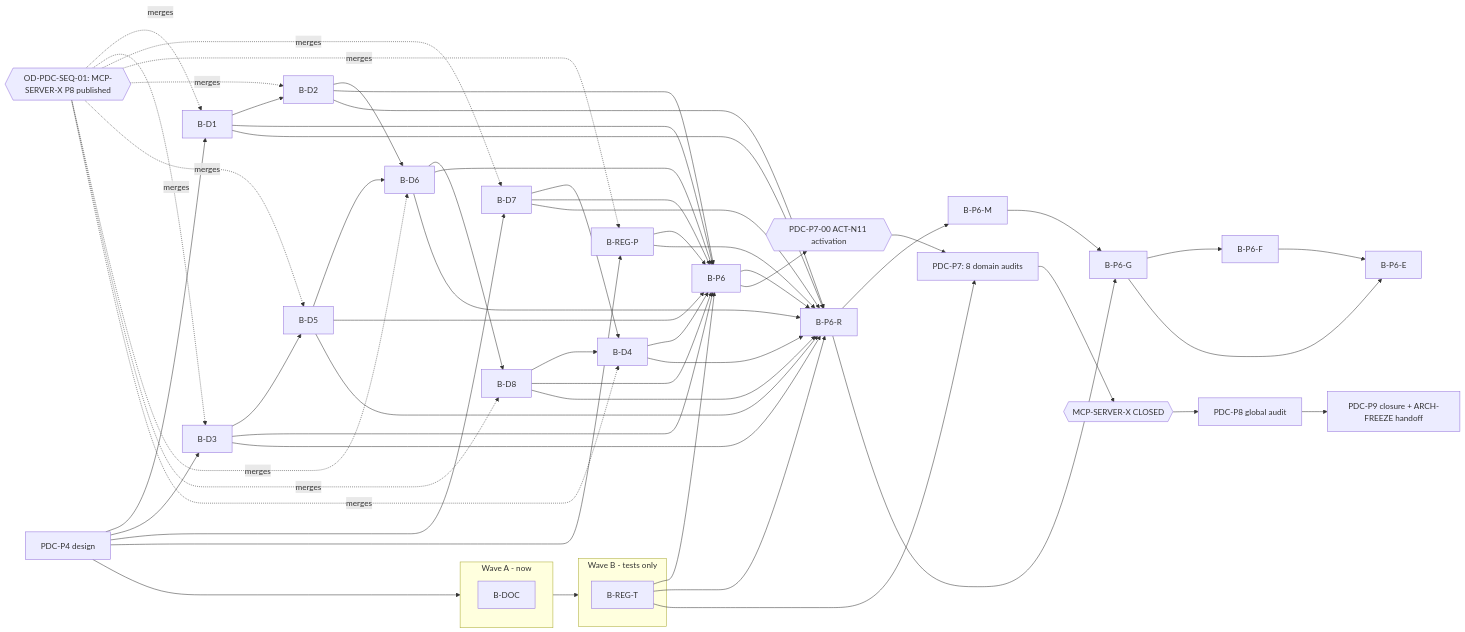
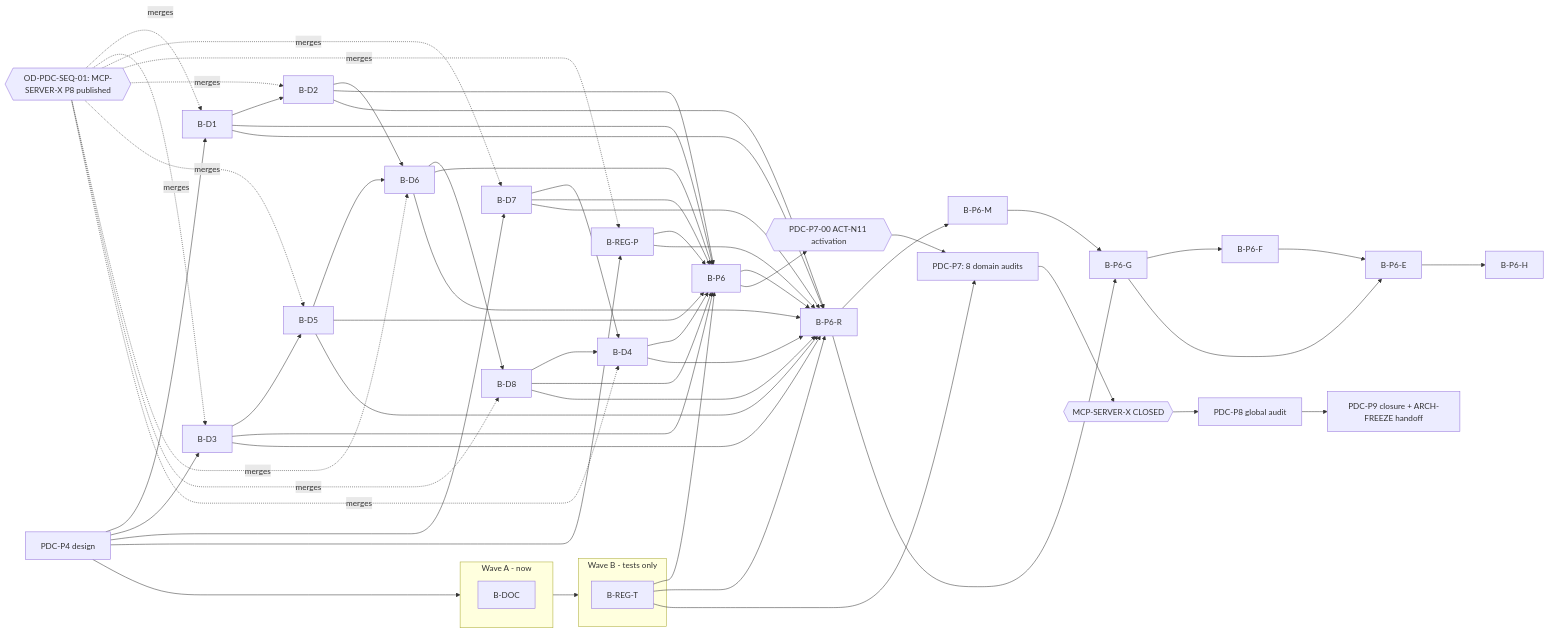
One commit to jakbuczarnecki/intergrax changed the diagram in docs/project/maintainers/qualification/platform_domain_completeness/PDC_DEPENDENCY_DAG.md. Above: the diagram before and after it, drawn with Mermaid. The commit also changed other lines of this file and 4 other files, not shown here.

````diff
--- a/docs/project/maintainers/qualification/platform_domain_completeness/PDC_DEPENDENCY_DAG.md
+++ b/docs/project/maintainers/qualification/platform_domain_completeness/PDC_DEPENDENCY_DAG.md
@@ -5,51 +5,52 @@
 ```mermaid
 graph LR
   P4[PDC-P4 design] --> WA
   subgraph WA[Wave A - now]
     B-DOC
   end
   subgraph WB[Wave B - tests only]
     B-REG-T
   end
   WA --> WB
   GATE{{OD-PDC-SEQ-01: MCP-SERVER-X P8 published}}
   B-D1 --> B-D2
   B-D3 --> B-D5
   B-D2 --> B-D6
   B-D5 --> B-D6
   B-D6 --> B-D8
   B-D7 --> B-D4
   B-D8 --> B-D4
   B-D1 --> B-P6
   B-D2 --> B-P6
   B-D3 --> B-P6
   B-D4 --> B-P6
   B-D5 --> B-P6
   B-D6 --> B-P6
   B-D7 --> B-P6
   B-D8 --> B-P6
   B-REG-P --> B-P6
   B-REG-T --> B-P6
   B-D1 --> B-P6-R
   B-D2 --> B-P6-R
   B-D3 --> B-P6-R
   B-D4 --> B-P6-R
   B-D5 --> B-P6-R
   B-D6 --> B-P6-R
   B-D7 --> B-P6-R
   B-D8 --> B-P6-R
   B-REG-P --> B-P6-R
   B-REG-T --> B-P6-R
   B-P6 --> B-P6-R
   B-P6-R --> B-P6-M
   B-P6-R --> B-P6-G
   B-P6-M --> B-P6-G
   B-P6-G --> B-P6-F
   B-P6-G --> B-P6-E
   B-P6-F --> B-P6-E
+  B-P6-E --> B-P6-H
   P4 --> B-D1 & B-D3 & B-D7 & B-REG-P
   GATE -. merges .-> B-D1 & B-D3 & B-D7 & B-REG-P & B-D2 & B-D5 & B-D6 & B-D8 & B-D4
   B-P6 --> ACT{{PDC-P7-00 ACT-N11 activation}} --> P7[PDC-P7: 8 domain audits]
   B-REG-T --> P7
   P7 --> MCPC{{MCP-SERVER-X CLOSED}} --> P8[PDC-P8 global audit] --> P9[PDC-P9 closure + ARCH-FREEZE handoff]
 ```
````
